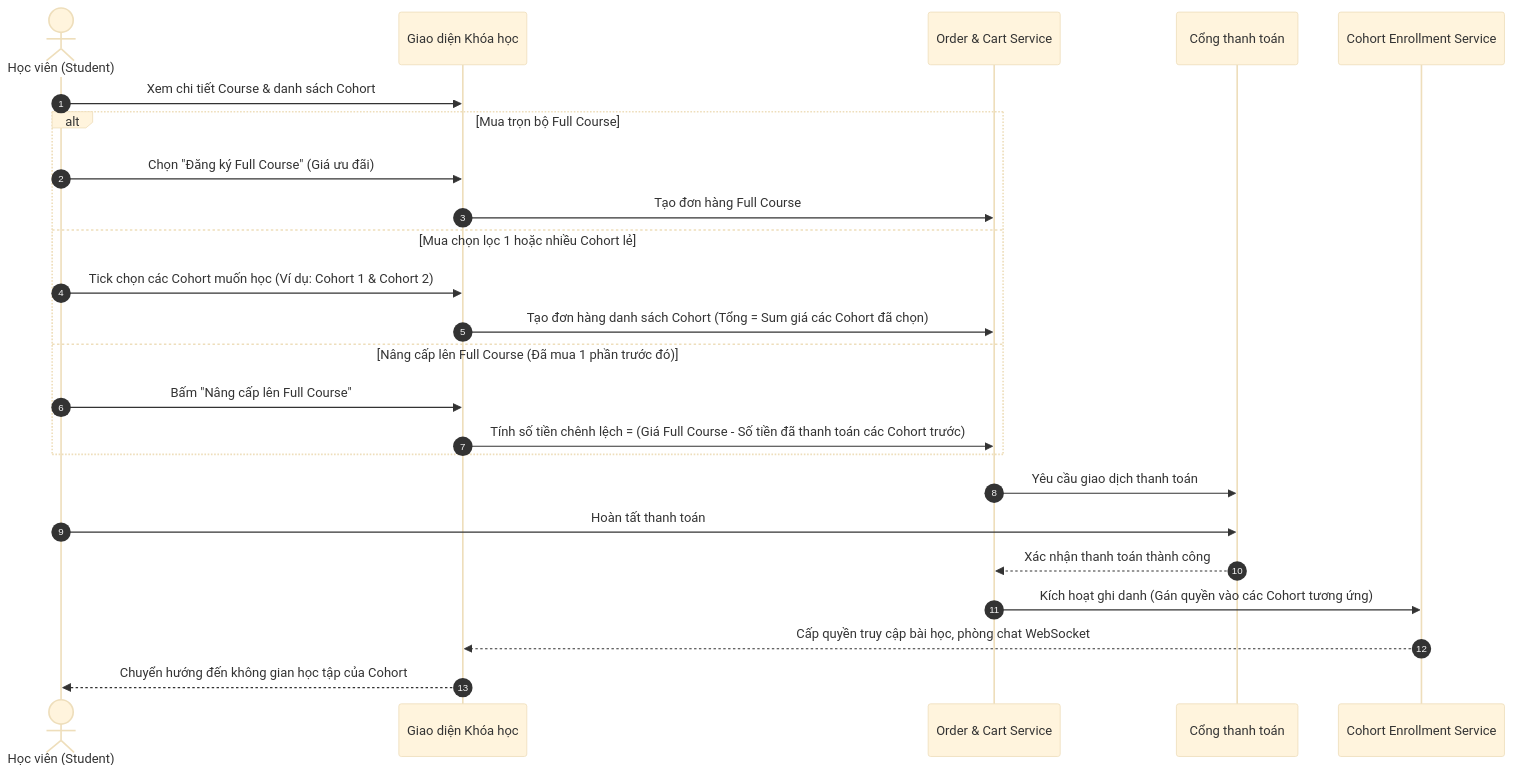
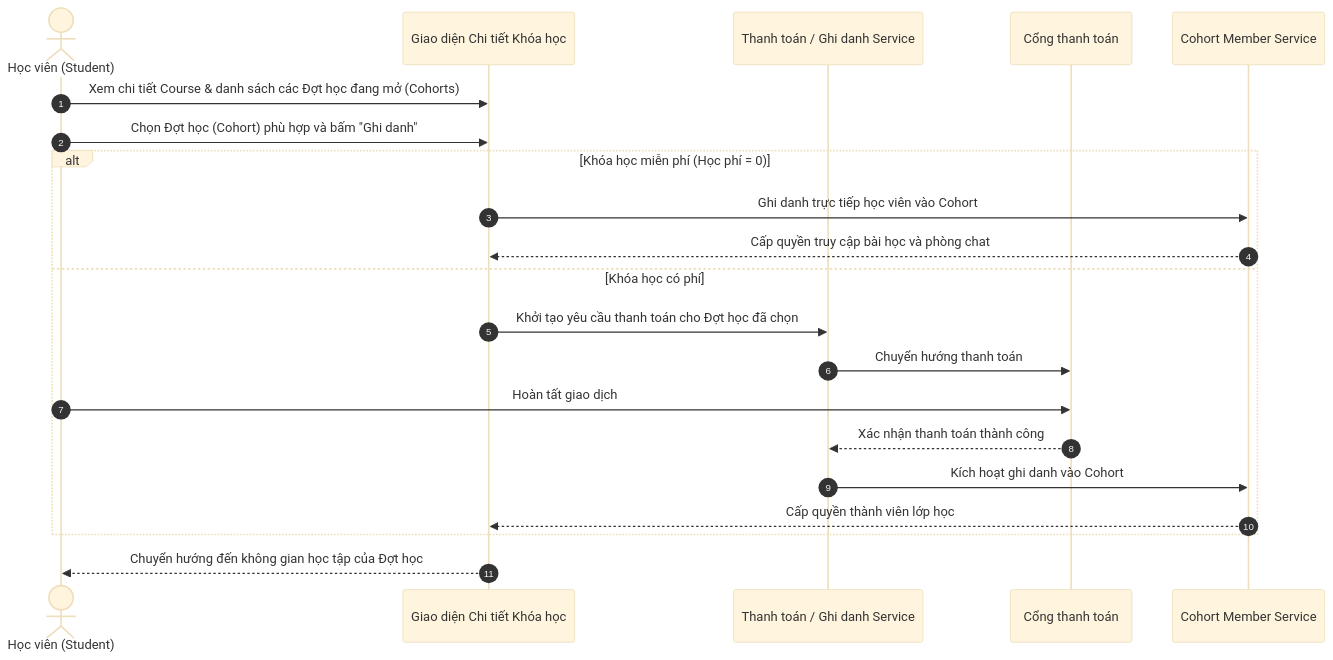
One commit to TienNguyen23-12/utelearn-platform changed the third of 3 diagrams in utelearn/docs/usecases/UC08_QuanLyLopHocDot.md. Above: the diagram before and after it, drawn with Mermaid (base theme). The commit also changed other lines of this file and 17 other files, not shown here.

Commit message:
feat(cohort): support individual cohort and full course enrollment

````diff
--- a/utelearn/docs/usecases/UC08_QuanLyLopHocDot.md
+++ b/utelearn/docs/usecases/UC08_QuanLyLopHocDot.md
@@ -69,28 +68,24 @@
 ```mermaid
 sequenceDiagram
     autonumber
     actor Student as Học viên (Student)
-    participant UI as Giao diện Khóa học
-    participant OrderSvc as Order & Cart Service
+    participant UI as Giao diện Chi tiết Khóa học
+    participant OrderSvc as Thanh toán / Ghi danh Service
     participant PayGate as Cổng thanh toán
-    participant CohortSvc as Cohort Enrollment Service
+    participant CohortSvc as Cohort Member Service
 
-    Student->>UI: Xem chi tiết Course & danh sách Cohort
-    alt Mua trọn bộ Full Course
-        Student->>UI: Chọn "Đăng ký Full Course" (Giá ưu đãi)
-        UI->>OrderSvc: Tạo đơn hàng Full Course
-    else Mua chọn lọc 1 hoặc nhiều Cohort lẻ
-        Student->>UI: Tick chọn các Cohort muốn học (Ví dụ: Cohort 1 & Cohort 2)
-        UI->>OrderSvc: Tạo đơn hàng danh sách Cohort (Tổng = Sum giá các Cohort đã chọn)
-    else Nâng cấp lên Full Course (Đã mua 1 phần trước đó)
-        Student->>UI: Bấm "Nâng cấp lên Full Course"
-        UI->>OrderSvc: Tính số tiền chênh lệch = (Giá Full Course - Số tiền đã thanh toán các Cohort trước)
+    Student->>UI: Xem chi tiết Course & danh sách các Đợt học đang mở (Cohorts)
+    Student->>UI: Chọn Đợt học (Cohort) phù hợp và bấm "Ghi danh"
+    alt Khóa học miễn phí (Học phí = 0)
+        UI->>CohortSvc: Ghi danh trực tiếp học viên vào Cohort
+        CohortSvc-->>UI: Cấp quyền truy cập bài học và phòng chat
+    else Khóa học có phí
+        UI->>OrderSvc: Khởi tạo yêu cầu thanh toán cho Đợt học đã chọn
+        OrderSvc->>PayGate: Chuyển hướng thanh toán
+        Student->>PayGate: Hoàn tất giao dịch
+        PayGate-->>OrderSvc: Xác nhận thanh toán thành công
+        OrderSvc->>CohortSvc: Kích hoạt ghi danh vào Cohort
+        CohortSvc-->>UI: Cấp quyền thành viên lớp học
     end
-
-    OrderSvc->>PayGate: Yêu cầu giao dịch thanh toán
-    Student->>PayGate: Hoàn tất thanh toán
-    PayGate-->>OrderSvc: Xác nhận thanh toán thành công
-    OrderSvc->>CohortSvc: Kích hoạt ghi danh (Gán quyền vào các Cohort tương ứng)
-    CohortSvc-->>UI: Cấp quyền truy cập bài học, phòng chat WebSocket
-    UI-->>Student: Chuyển hướng đến không gian học tập của Cohort
+    UI-->>Student: Chuyển hướng đến không gian học tập của Đợt học
 ```
````
